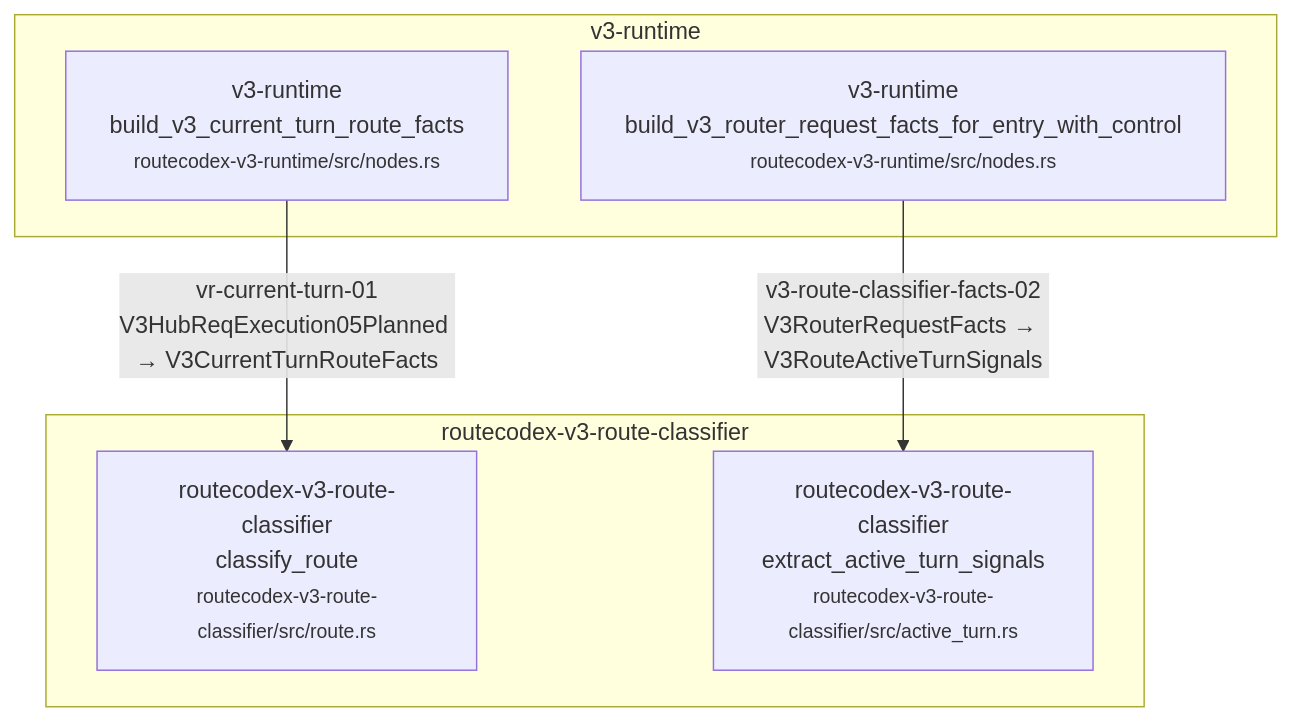
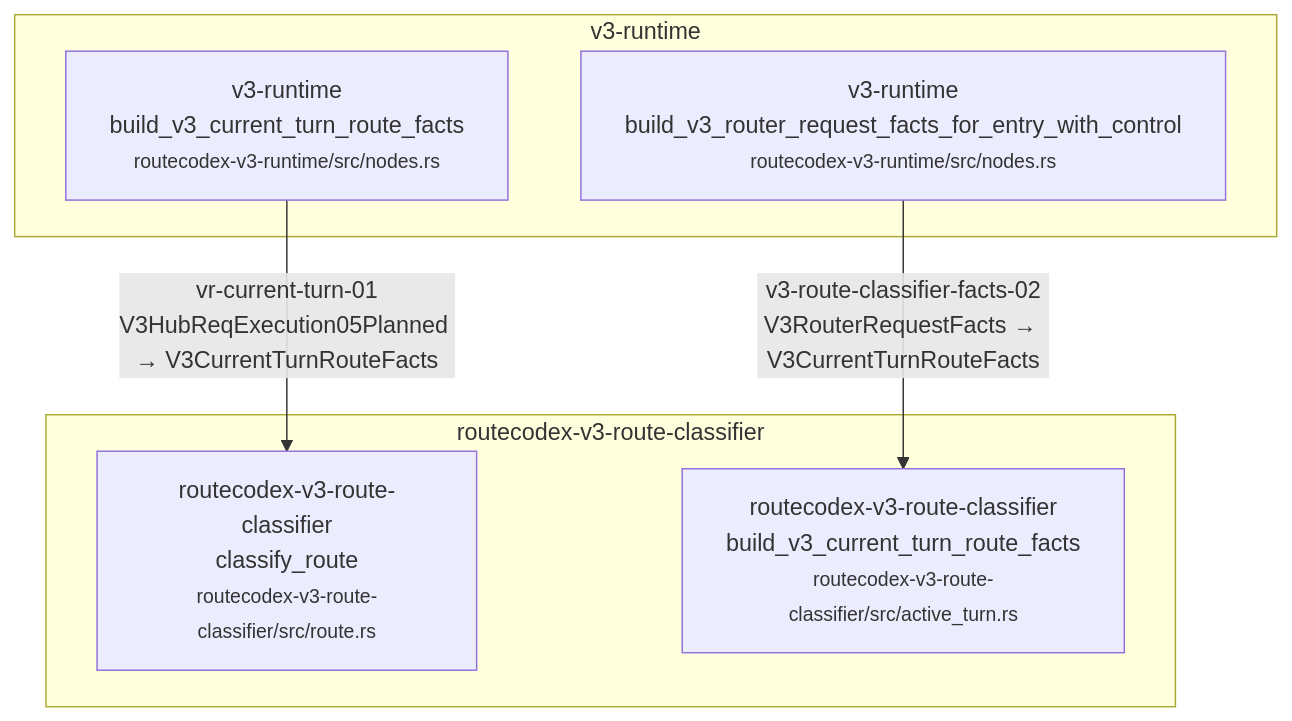
One commit to Jasonzhangf/routecodex changed diagram 58 of 59 in docs/architecture/wiki/v3-mainline-caller-flow.md. Above: the diagram before and after it, drawn with Mermaid. The commit also changed other lines of this file and 139 other files, not shown here.

````diff
--- a/docs/architecture/wiki/v3-mainline-caller-flow.md
+++ b/docs/architecture/wiki/v3-mainline-caller-flow.md
@@ -2368,13 +2368,13 @@
 ```mermaid
 flowchart TD
   subgraph c_56_vr_current_turn_typed_route_facts_m_routecodex_v3_route_classifier["routecodex-v3-route-classifier"]
     c_56_vr_current_turn_typed_route_facts_1["routecodex-v3-route-classifier<br/>classify_route<br/><small>routecodex-v3-route-classifier/src/route.rs</small>"]
-    c_56_vr_current_turn_typed_route_facts_3["routecodex-v3-route-classifier<br/>extract_active_turn_signals<br/><small>routecodex-v3-route-classifier/src/active_turn.rs</small>"]
+    c_56_vr_current_turn_typed_route_facts_3["routecodex-v3-route-classifier<br/>build_v3_current_turn_route_facts<br/><small>routecodex-v3-route-classifier/src/active_turn.rs</small>"]
   end
   subgraph c_56_vr_current_turn_typed_route_facts_m_v3_runtime["v3-runtime"]
     c_56_vr_current_turn_typed_route_facts_0["v3-runtime<br/>build_v3_current_turn_route_facts<br/><small>routecodex-v3-runtime/src/nodes.rs</small>"]
     c_56_vr_current_turn_typed_route_facts_2["v3-runtime<br/>build_v3_router_request_facts_for_entry_with_control<br/><small>routecodex-v3-runtime/src/nodes.rs</small>"]
   end
   c_56_vr_current_turn_typed_route_facts_0 -->|vr-current-turn-01<br/>V3HubReqExecution05Planned → V3CurrentTurnRouteFacts| c_56_vr_current_turn_typed_route_facts_1
-  c_56_vr_current_turn_typed_route_facts_2 -->|v3-route-classifier-facts-02<br/>V3RouterRequestFacts → V3RouteActiveTurnSignals| c_56_vr_current_turn_typed_route_facts_3
+  c_56_vr_current_turn_typed_route_facts_2 -->|v3-route-classifier-facts-02<br/>V3RouterRequestFacts → V3CurrentTurnRouteFacts| c_56_vr_current_turn_typed_route_facts_3
 ```
````
